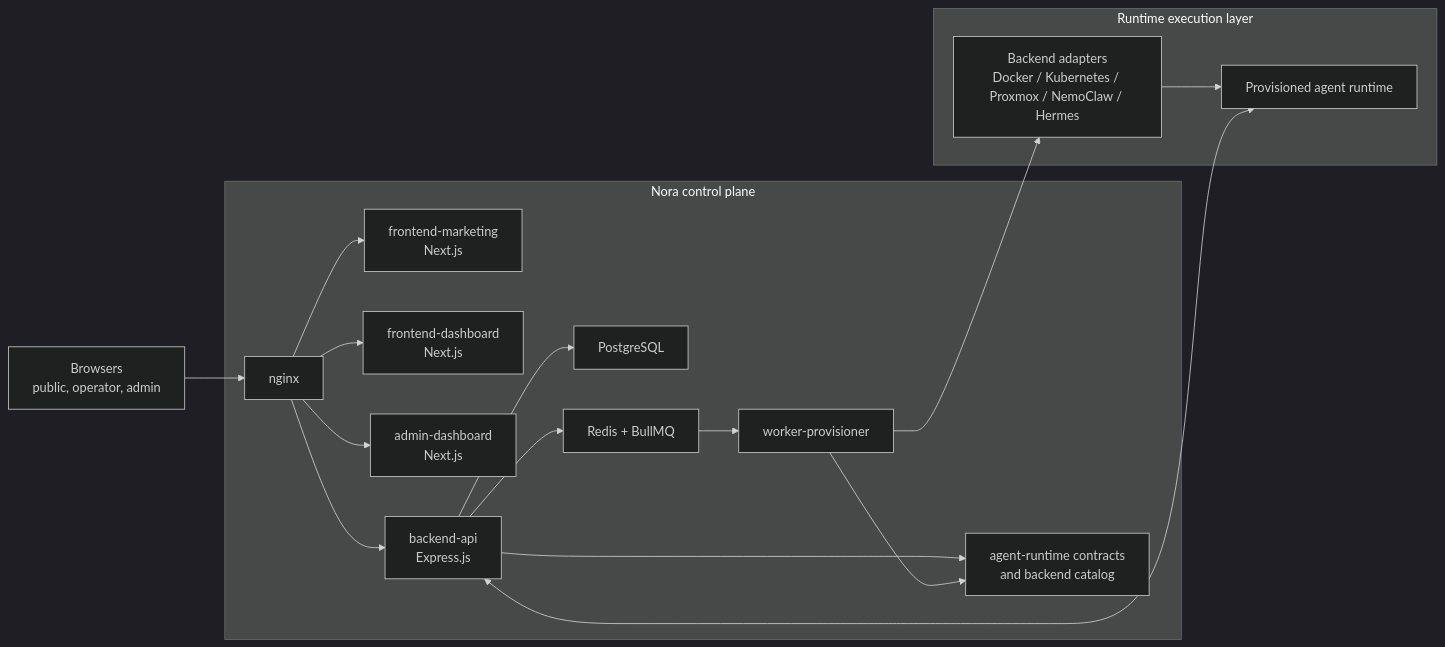
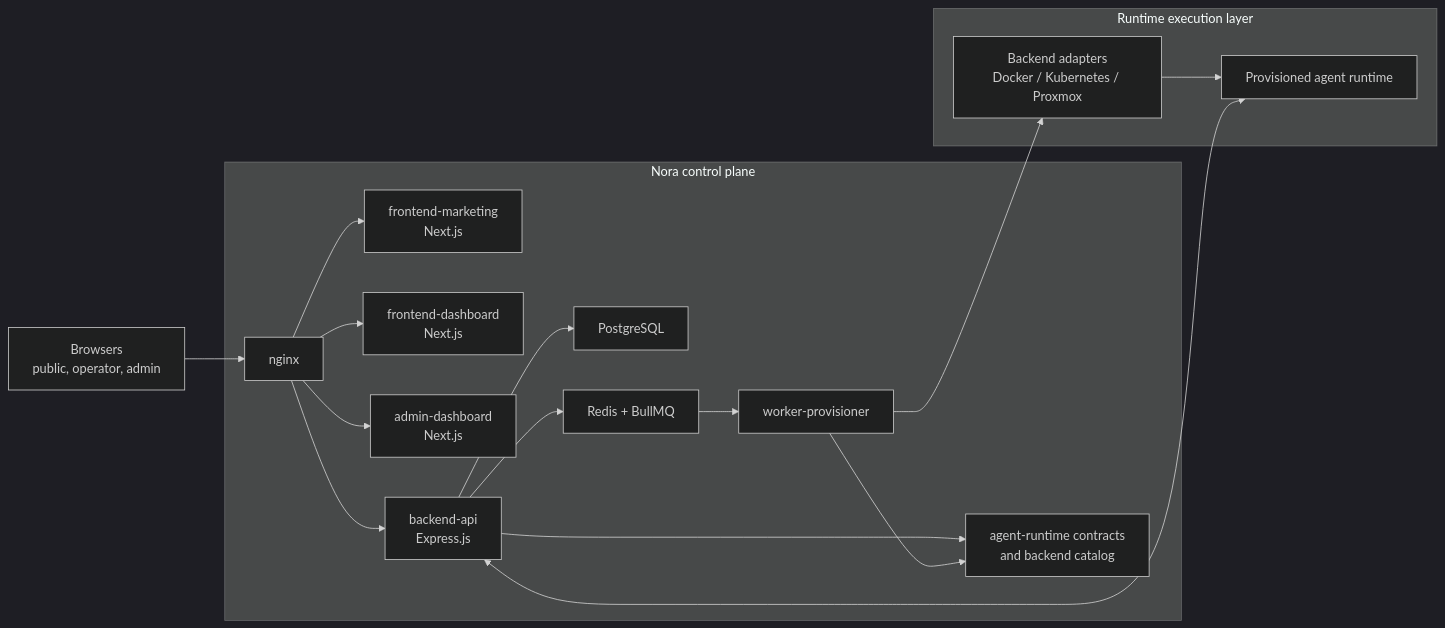
One commit to mrn55/nora changed the first of 4 diagrams in architecture.md. Above: the diagram before and after it, drawn with Mermaid (dark theme). The commit also changed other lines of this file and 44 other files, not shown here.

First line of the commit message:
Refactor Proxmox and Docker backend integration

````diff
--- a/architecture.md
+++ b/architecture.md
@@ -15,22 +15,22 @@
 ```mermaid
 flowchart LR
     Browser["Browsers<br/>public, operator, admin"] --> Nginx["nginx"]
 
     subgraph ControlPlane["Nora control plane"]
         Nginx --> Marketing["frontend-marketing<br/>Next.js"]
         Nginx --> Dashboard["frontend-dashboard<br/>Next.js"]
         Nginx --> Admin["admin-dashboard<br/>Next.js"]
         Nginx --> API["backend-api<br/>Express.js"]
         API --> Postgres["PostgreSQL"]
         API --> Redis["Redis + BullMQ"]
         Redis --> Worker["worker-provisioner"]
         API --> Contracts["agent-runtime contracts<br/>and backend catalog"]
         Worker --> Contracts
     end
 
     subgraph RuntimeInfra["Runtime execution layer"]
-        Worker --> Adapters["Backend adapters<br/>Docker / Kubernetes / Proxmox / NemoClaw / Hermes"]
+        Worker --> Adapters["Backend adapters<br/>Docker / Kubernetes / Proxmox"]
         Adapters --> Runtime["Provisioned agent runtime"]
         API <--> Runtime
     end
 ```
````
